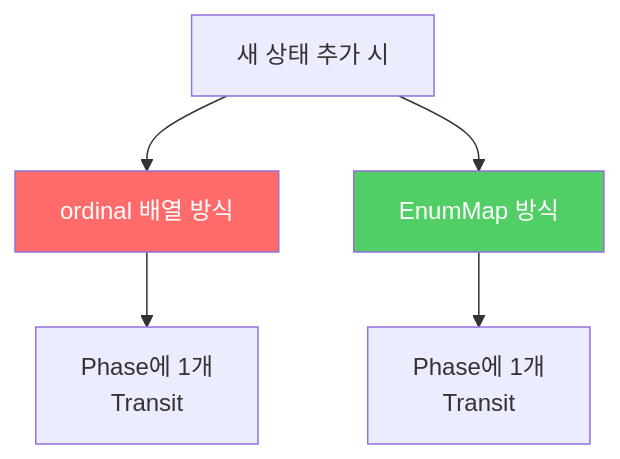
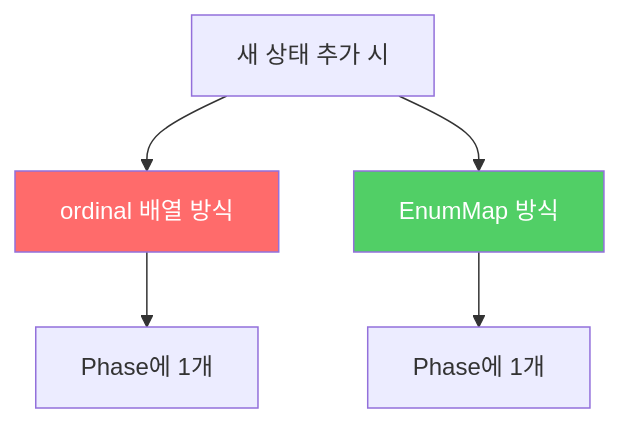
Before and after one commit to yjkim2015/yjkim2015.github.io: the second of 2 diagrams in _posts/java/2022-01-14-effective-java37.md, drawn with Mermaid. The commit also changed other lines of this file and 217 other files, not shown here.

First line of the commit message:
Mermaid 크기 수정: useMaxWidth:true + SVG max-width:100% + 라벨 축소

````diff
--- a/_posts/java/2022-01-14-effective-java37.md
+++ b/_posts/java/2022-01-14-effective-java37.md
@@ -187,9 +187,9 @@
 ```mermaid
 graph TD
     A["새 상태 추가 시"] --> B["ordinal 배열 방식"]
     A --> C["EnumMap 방식"]
-    B --> D["Phase에 1개\nTransit"]
-    C --> E["Phase에 1개\nTransit"]
+    B --> D["Phase에 1개"]
+    C --> E["Phase에 1개"]
     style B fill:#ff6b6b,color:#fff
     style C fill:#51cf66,color:#fff
 ```
````
